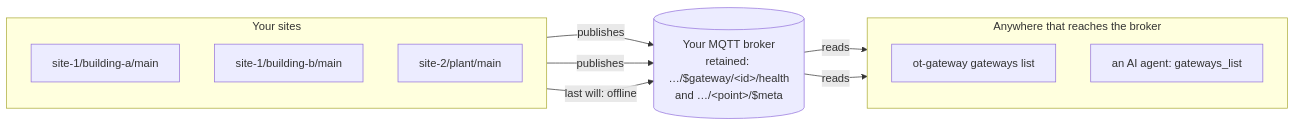
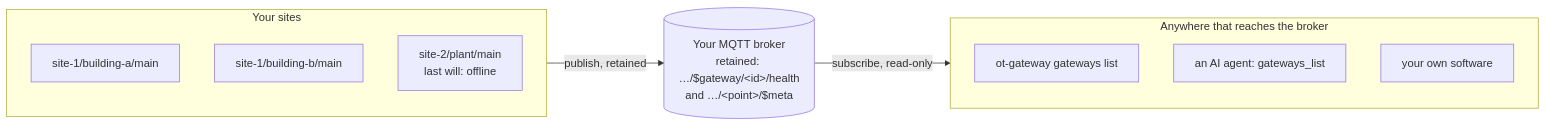
One commit to phocal-ai/ot-gateway changed the diagram in docs/fleet.md. Above: the diagram before and after it, drawn with Mermaid. The commit also changed other lines of this file and 2 other files, not shown here.

First line of the commit message:
docs(fleet): broker on every command, every gateways code, the diagram and sample in step

````diff
--- a/docs/fleet.md
+++ b/docs/fleet.md
@@ -5,21 +5,19 @@
 ```mermaid
 %% site: fleet-map
 flowchart LR
   subgraph sites["Your sites"]
     direction TB
     a["site-1/building-a/main"]
     b["site-1/building-b/main"]
-    c["site-2/plant/main"]
+    c["site-2/plant/main<br/>last will: offline"]
   end
   broker[("Your MQTT broker<br/>retained: …/$gateway/&lt;id&gt;/health<br/>and …/&lt;point&gt;/$meta")]
   subgraph readers["Anywhere that reaches the broker"]
     direction TB
     cli["ot-gateway gateways list"]
     agent["an AI agent: gateways_list"]
+    software["your own software"]
   end
-  a -- "publishes" --> broker
-  b -- "publishes" --> broker
-  c -- "last will: offline" --> broker
-  broker -- "reads" --> cli
-  broker -- "reads" --> agent
+  sites -- "publish, retained" --> broker
+  broker -- "subscribe, read-only" --> readers
 ```
````
